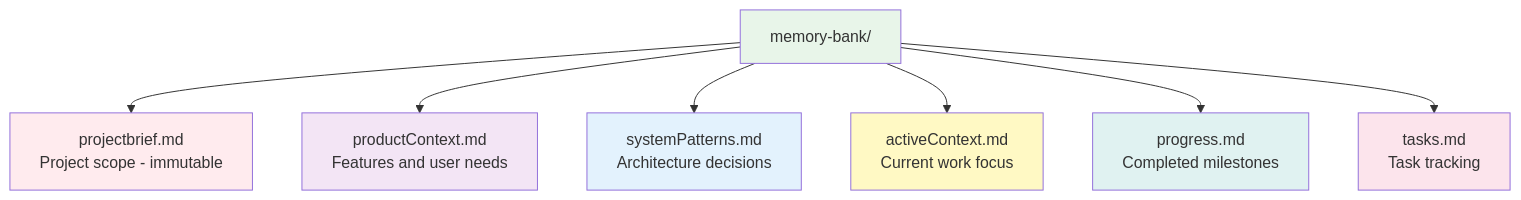
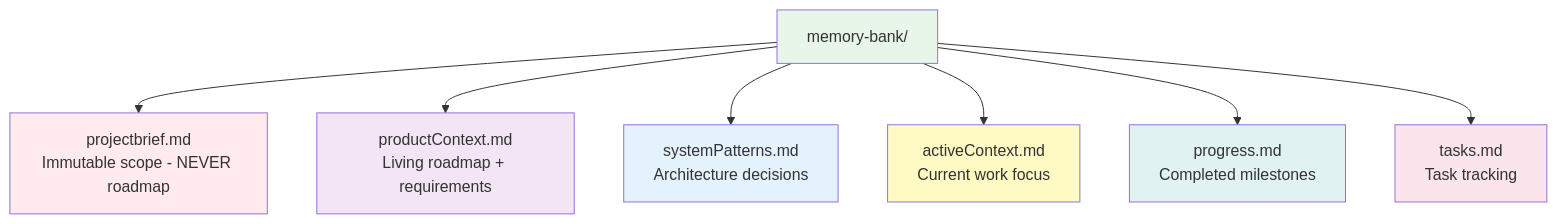
One commit to ScaleLabs-Dev/CCFlow changed the third of 4 diagrams in CLAUDE.md. Above: the diagram before and after it, drawn with Mermaid. The commit also changed other lines of this file and 11 other files, not shown here.

First line of the commit message:
refactor(memory-bank): complete TASK-154 architecture simplification

````diff
--- a/CLAUDE.md
+++ b/CLAUDE.md
@@ -224,18 +226,18 @@
 ```mermaid
 graph TD
     MB[memory-bank/]
-    MB --> PB[projectbrief.md<br/>Project scope - immutable]
-    MB --> PC[productContext.md<br/>Features and user needs]
+    MB --> PB[projectbrief.md<br/>Immutable scope - NEVER roadmap]
+    MB --> PC[productContext.md<br/>Living roadmap + requirements]
     MB --> SP[systemPatterns.md<br/>Architecture decisions]
     MB --> AC[activeContext.md<br/>Current work focus]
     MB --> PR[progress.md<br/>Completed milestones]
     MB --> TK[tasks.md<br/>Task tracking]
 
     style MB fill:#e8f5e9
     style PB fill:#ffebee
     style PC fill:#f3e5f5
     style SP fill:#e3f2fd
     style AC fill:#fff9c4
     style PR fill:#e0f2f1
     style TK fill:#fce4ec
 ```
````
